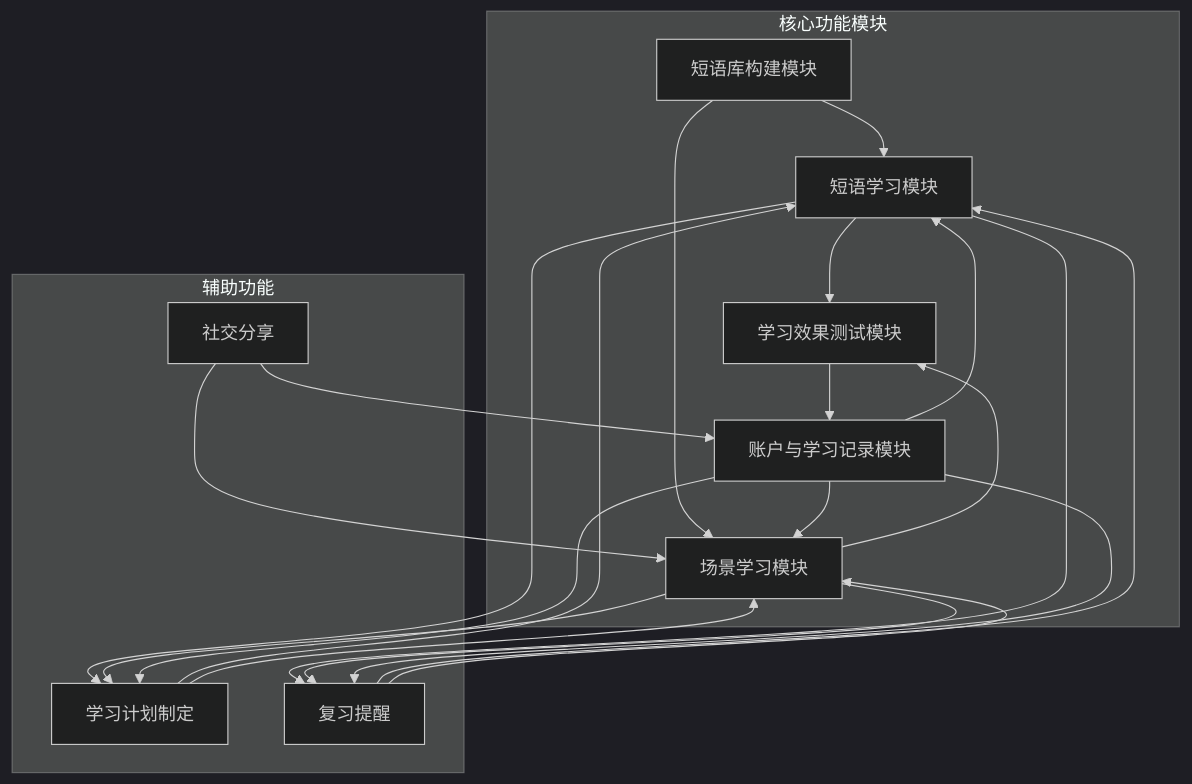
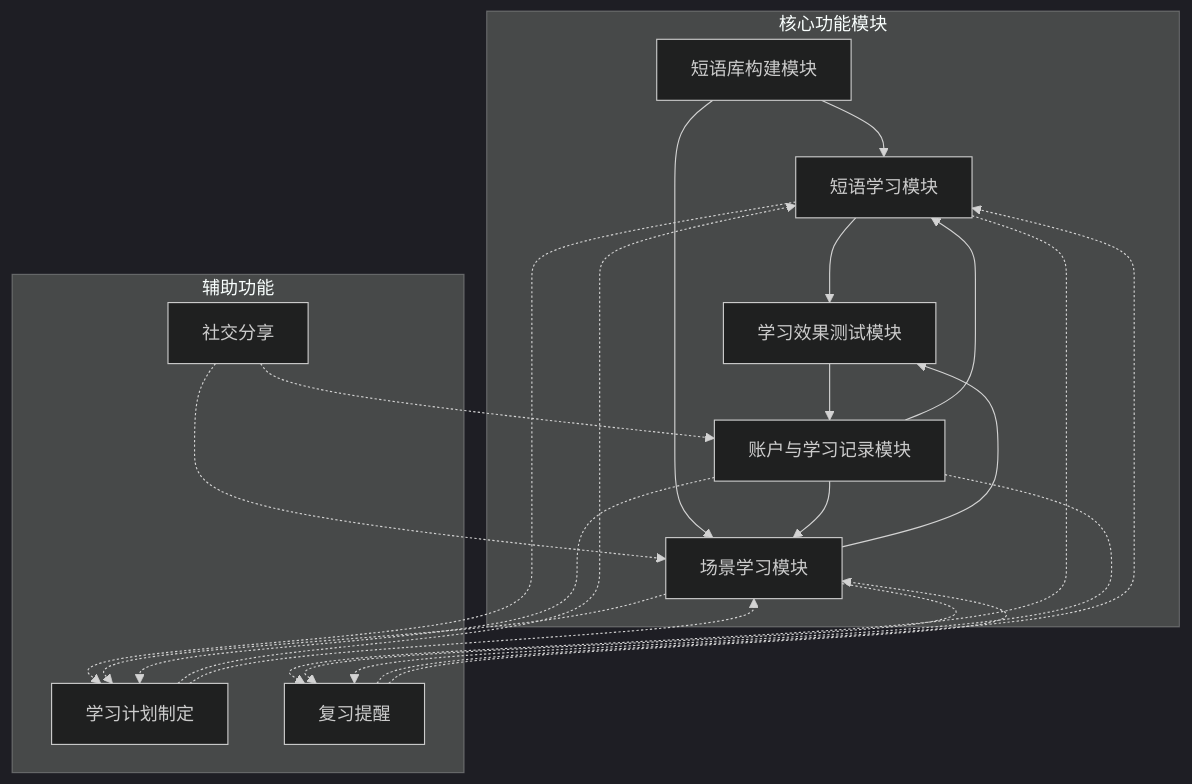
Before and after one commit to d342784178/kouyu: the first of 4 diagrams in demands/v2/需求文档_全量.md, drawn with Mermaid (dark theme). The commit also changed other lines of this file and 13 other files, not shown here.

````diff
--- a/demands/v2/需求文档_全量.md
+++ b/demands/v2/需求文档_全量.md
@@ -112,28 +114,28 @@
 ```mermaid
 graph TD
     subgraph "核心功能模块"
         A["短语库构建模块"] --> B["短语学习模块"]
         B --> C["学习效果测试模块"]
         C --> D["账户与学习记录模块"]
         D --> B
         A --> H["场景学习模块"]
         H --> C
         D --> H
     end
 
     subgraph "辅助功能"
-        F["学习计划制定"] --> B
-        F --> H
-        G["复习提醒"] --> B
-        G --> H
-        I["社交分享"] --> D
-        I --> H
+        F["学习计划制定"] -.-> B
+        F["学习计划制定"] -.-> H
+        G["复习提醒"] -.-> B
+        G["复习提醒"] -.-> H
+        I["社交分享"] -.-> D
+        I["社交分享"] -.-> H
     end
 
-    B --> F
-    B --> G
-    H --> F
-    H --> G
-    D --> F
-    D --> G
+    B -.-> F
+    B -.-> G
+    H -.-> F
+    H -.-> G
+    D -.-> F
+    D -.-> G
 ```
````
